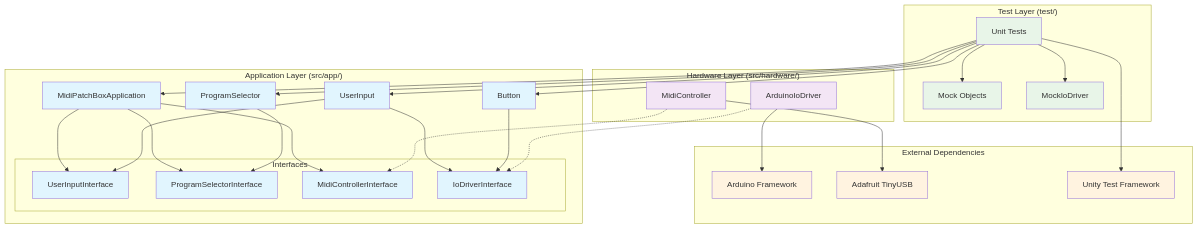
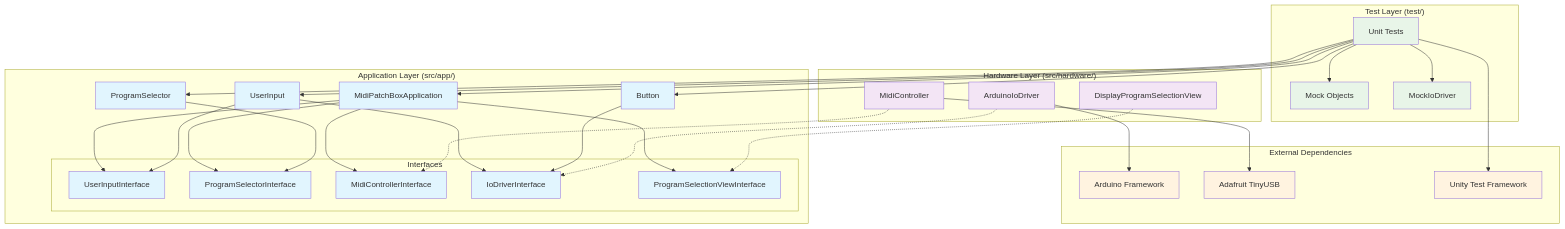
Before and after one commit to iv660/midi-patch-box: the first of 4 diagrams in ARCHITECTURE.md, drawn with Mermaid. The commit also changed other lines of this file and 5 other files, not shown here.

Commit message:
feat: Add view implementation for SSD1306 OLED display

````diff
--- a/ARCHITECTURE.md
+++ b/ARCHITECTURE.md
@@ -28,65 +28,69 @@
 ```mermaid
 graph TB
     subgraph "Application Layer (src/app/)"
         APP[MidiPatchBoxApplication]
         PS[ProgramSelector]
         BTN[Button]
         UI[UserInput]
         
         subgraph "Interfaces"
             UII[UserInputInterface]
             PSI[ProgramSelectorInterface]
             MCI[MidiControllerInterface]
             IOI[IoDriverInterface]
+            PSVI[ProgramSelectionViewInterface]
         end
     end
     
     subgraph "Hardware Layer (src/hardware/)"
         MC[MidiController]
         AIO[ArduinoIoDriver]
+        DPSV[DisplayProgramSelectionView]
     end
     
     subgraph "Test Layer (test/)"
         TESTS[Unit Tests]
         MOCKS[Mock Objects]
         MOCKIO[MockIoDriver]
     end
     
     subgraph "External Dependencies"
         ARDUINO[Arduino Framework]
         TINYUSB[Adafruit TinyUSB]
         UNITY[Unity Test Framework]
     end
     
     APP --> UII
     APP --> PSI
     APP --> MCI
+    APP --> PSVI
     UI --> UII
     UI --> IOI
     BTN --> IOI
     PS --> PSI
     
     MC -.-> MCI
     AIO -.-> IOI
+    DPSV -.-> PSVI
     
     TESTS --> MOCKS
     TESTS --> MOCKIO
     TESTS --> APP
     TESTS --> PS
     TESTS --> BTN
     TESTS --> UI
     
     AIO --> ARDUINO
     MC --> TINYUSB
     TESTS --> UNITY
     
     classDef appLayer fill:#e1f5fe
     classDef hardwareLayer fill:#f3e5f5
     classDef testLayer fill:#e8f5e8
     classDef external fill:#fff3e0
     
-    class APP,PS,BTN,UI,UII,PSI,MCI,IOI appLayer
-    class MC,AIO hardwareLayer
+    class APP,PS,BTN,UI,UII,PSI,MCI,IOI,PSVI appLayer
+    class MC,AIO,DPSV hardwareLayer
     class TESTS,MOCKS,MOCKIO testLayer
     class ARDUINO,TINYUSB,UNITY external
 ```
````
